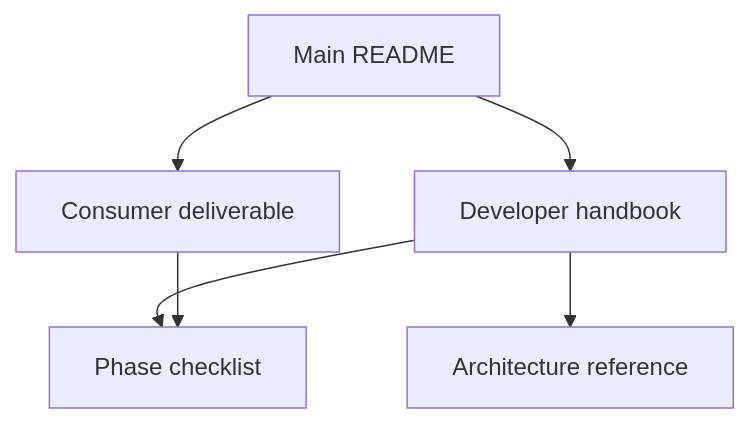
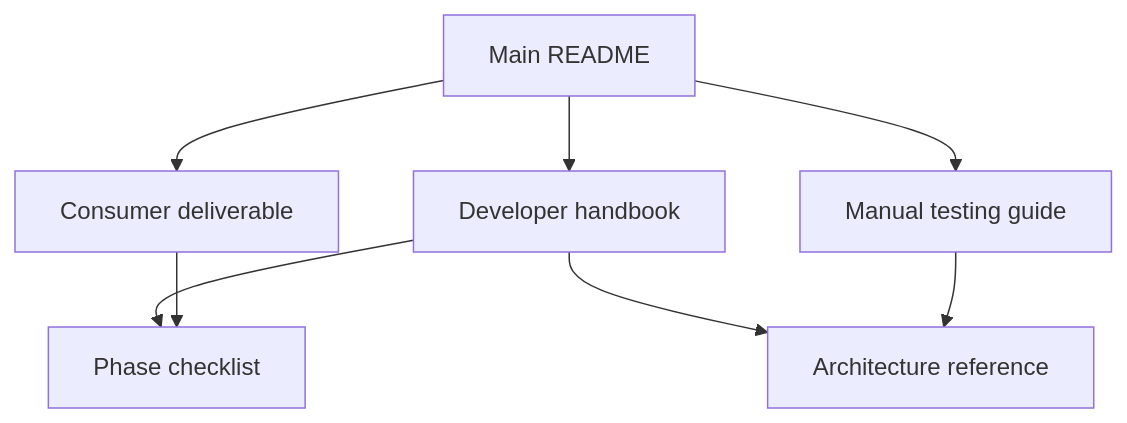
Before and after one commit to CodeWithShrey-collab/MatsyaLink-AI: the diagram in docs/README.md, drawn with Mermaid. The commit also changed other lines of this file and 16 other files, not shown here.

````diff
--- a/docs/README.md
+++ b/docs/README.md
@@ -18,8 +19,10 @@
 ```mermaid
 flowchart TD
     R["Main README"] --> C["Consumer deliverable"]
     R --> D["Developer handbook"]
+    R --> T["Manual testing guide"]
     D --> A["Architecture reference"]
     D --> P["Phase checklist"]
     C --> P
+    T --> A
 ```
````
